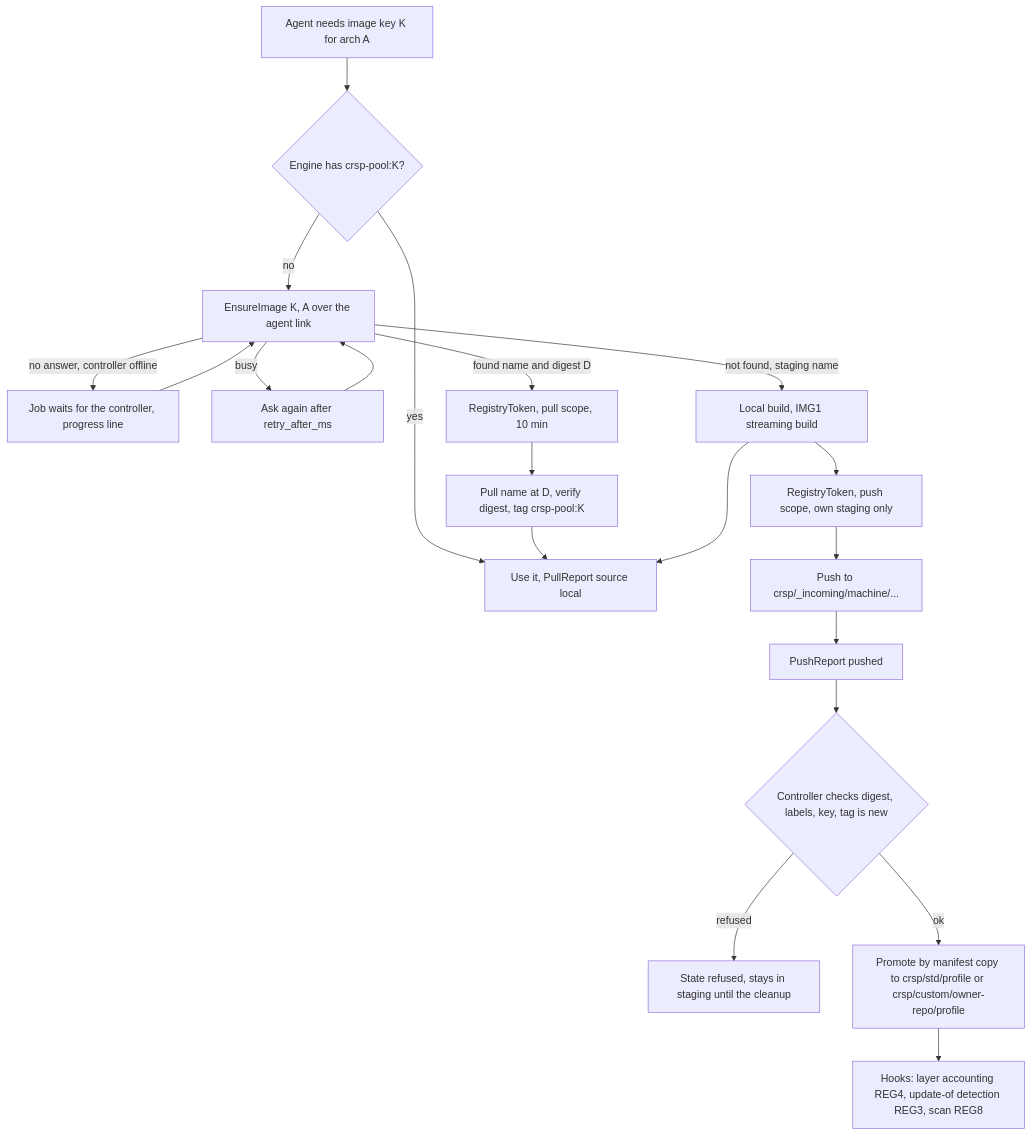
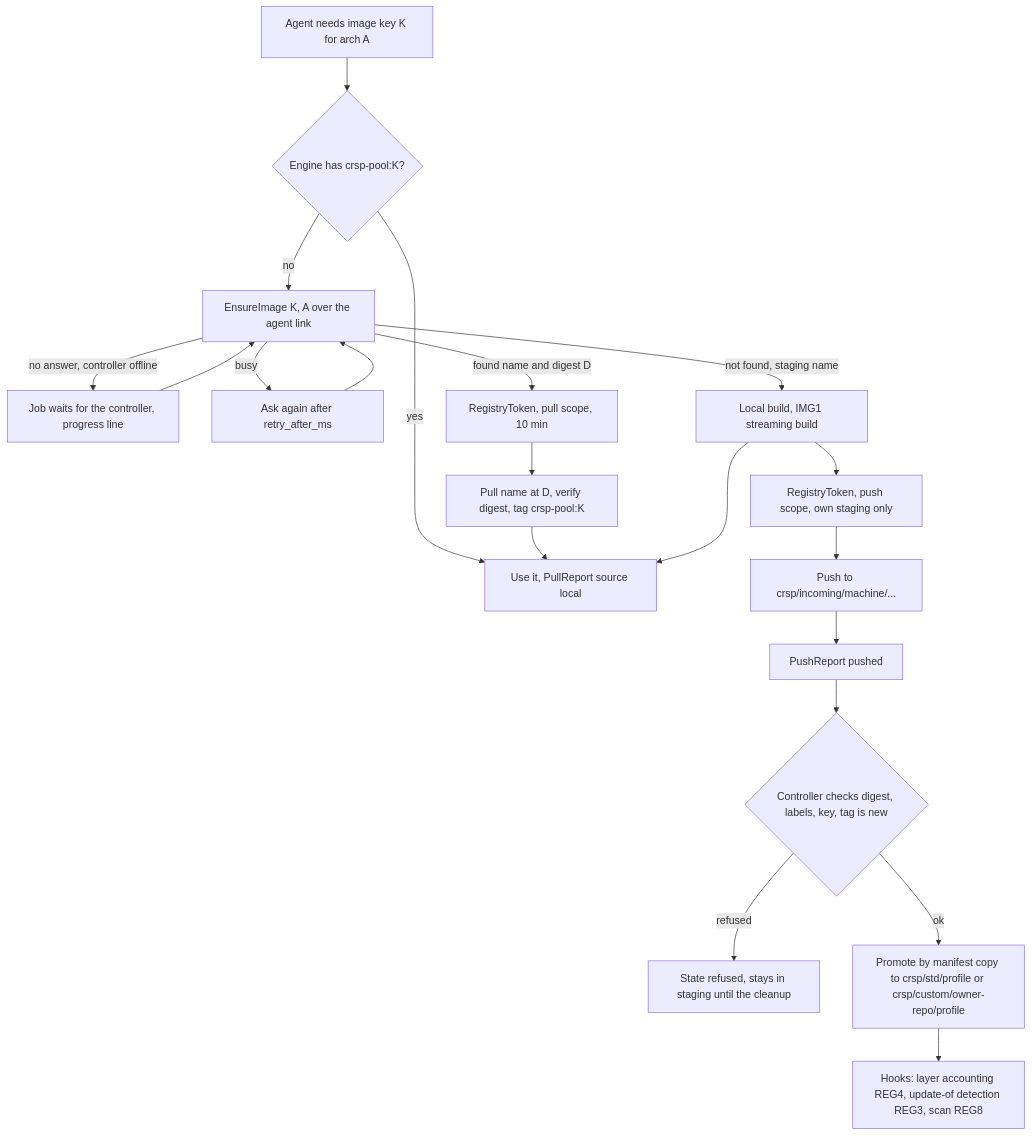
One commit to luis-mc/ci-runners-pool changed the diagram in docs/features/registry/spec.md. Above: the diagram before and after it, drawn with Mermaid. The commit also changed other lines of this file and 10 other files, not shown here.

First line of the commit message:
REG1: staging root crsp/incoming (valid OCI name)

````diff
--- a/docs/features/registry/spec.md
+++ b/docs/features/registry/spec.md
@@ -50,22 +50,22 @@
 ```mermaid
 flowchart TD
   need[Agent needs image key K for arch A] --> local{Engine has crsp-pool:K?}
   local -- yes --> use[Use it, PullReport source local]
   local -- no --> ask[EnsureImage K, A over the agent link]
   ask -- no answer, controller offline --> wait[Job waits for the controller, progress line]
   wait --> ask
   ask -- busy --> retry[Ask again after retry_after_ms]
   retry --> ask
   ask -- found name and digest D --> token[RegistryToken, pull scope, 10 min]
   token --> pull[Pull name at D, verify digest, tag crsp-pool:K]
   pull --> use
   ask -- not found, staging name --> build[Local build, IMG1 streaming build]
   build --> use
   build --> ptok[RegistryToken, push scope, own staging only]
-  ptok --> push[Push to crsp/_incoming/machine/...]
+  ptok --> push[Push to crsp/incoming/machine/...]
   push --> report[PushReport pushed]
   report --> check{Controller checks digest, labels, key, tag is new}
   check -- refused --> refused[State refused, stays in staging until the cleanup]
   check -- ok --> promote[Promote by manifest copy to crsp/std/profile or crsp/custom/owner-repo/profile]
   promote --> hooks[Hooks: layer accounting REG4, update-of detection REG3, scan REG8]
 ```
````
